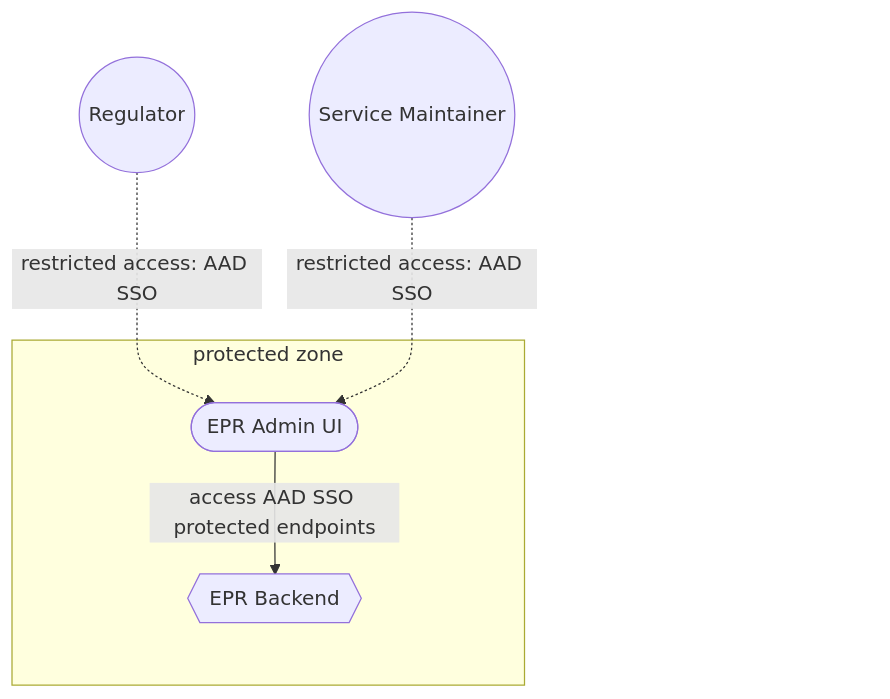
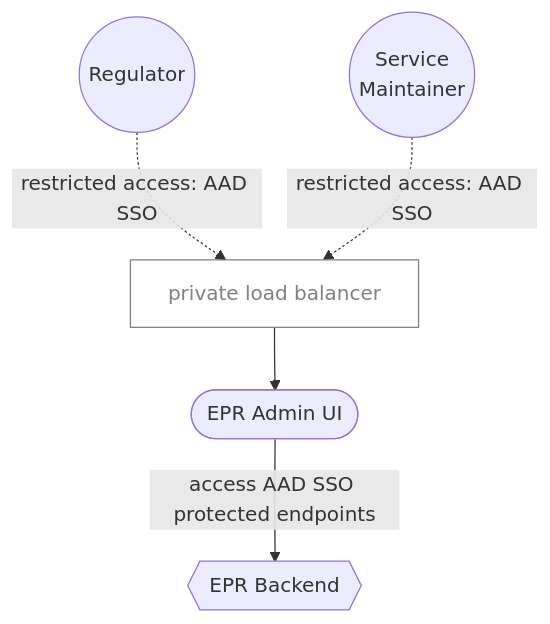
The diagram in docs/architecture/decisions/0006-data-updates-processing-pipeline-vs-admin-ui.md (DEFRA/epr-backend), drawn with Mermaid before and after one commit.

Commit message:
PAE-217 Fix architecture diagrams inconsistency

````diff
--- a/docs/architecture/decisions/0006-data-updates-processing-pipeline-vs-admin-ui.md
+++ b/docs/architecture/decisions/0006-data-updates-processing-pipeline-vs-admin-ui.md
@@ -29,23 +29,20 @@
 ```mermaid
 flowchart TD;
-    SUPER-USER((Service Maintainer))
+    SUPER-USER((Service<br>Maintainer))
     REGULATOR((Regulator))
 
-  classDef invisible opacity:0
+    classDef invisible opacity:0
+    classDef discreet fill:transparent,stroke:gray,color:gray
 
-  subgraph protected zone
-    subgraph PROTECTED-ZONE-NESTED
-      EPR-ADMIN-UI([EPR Admin UI])
-      EPR-BACKEND{{EPR Backend}}
-    end
-  end
+    EPR-ADMIN-UI([EPR Admin UI])
+    EPR-BACKEND{{EPR Backend}}
 
-  PROTECTED-ZONE-NESTED:::invisible
-  PUBLIC-ZONE-NESTED:::invisible
+    PROTECTED-ALB[private load balancer]
+    PROTECTED-ALB:::discreet
 
-  REGULATOR-. restricted access: AAD SSO .->EPR-ADMIN-UI;
-  SUPER-USER-. restricted access: AAD SSO .->EPR-ADMIN-UI;
+    REGULATOR-. restricted access: AAD SSO .->PROTECTED-ALB;
+    SUPER-USER-. restricted access: AAD SSO .->PROTECTED-ALB;
+    PROTECTED-ALB-->EPR-ADMIN-UI;
 
-
-  EPR-ADMIN-UI--access AAD SSO protected endpoints -->EPR-BACKEND;
+    EPR-ADMIN-UI--access AAD SSO protected endpoints -->EPR-BACKEND;
 ```
````
